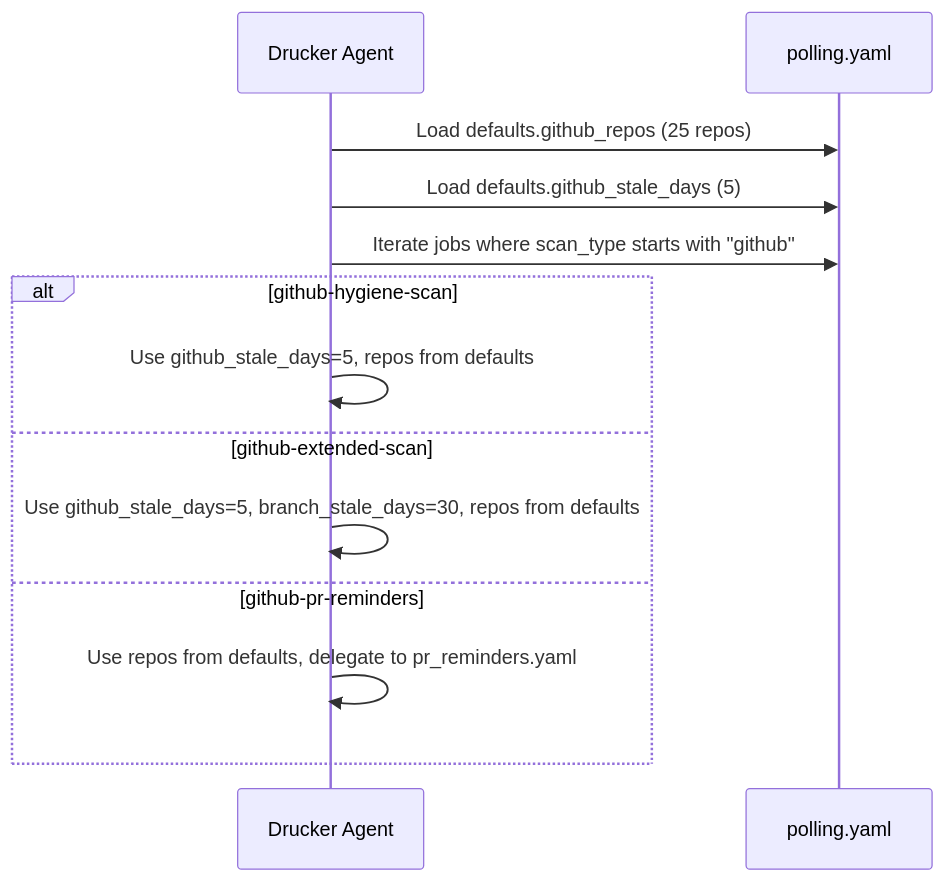
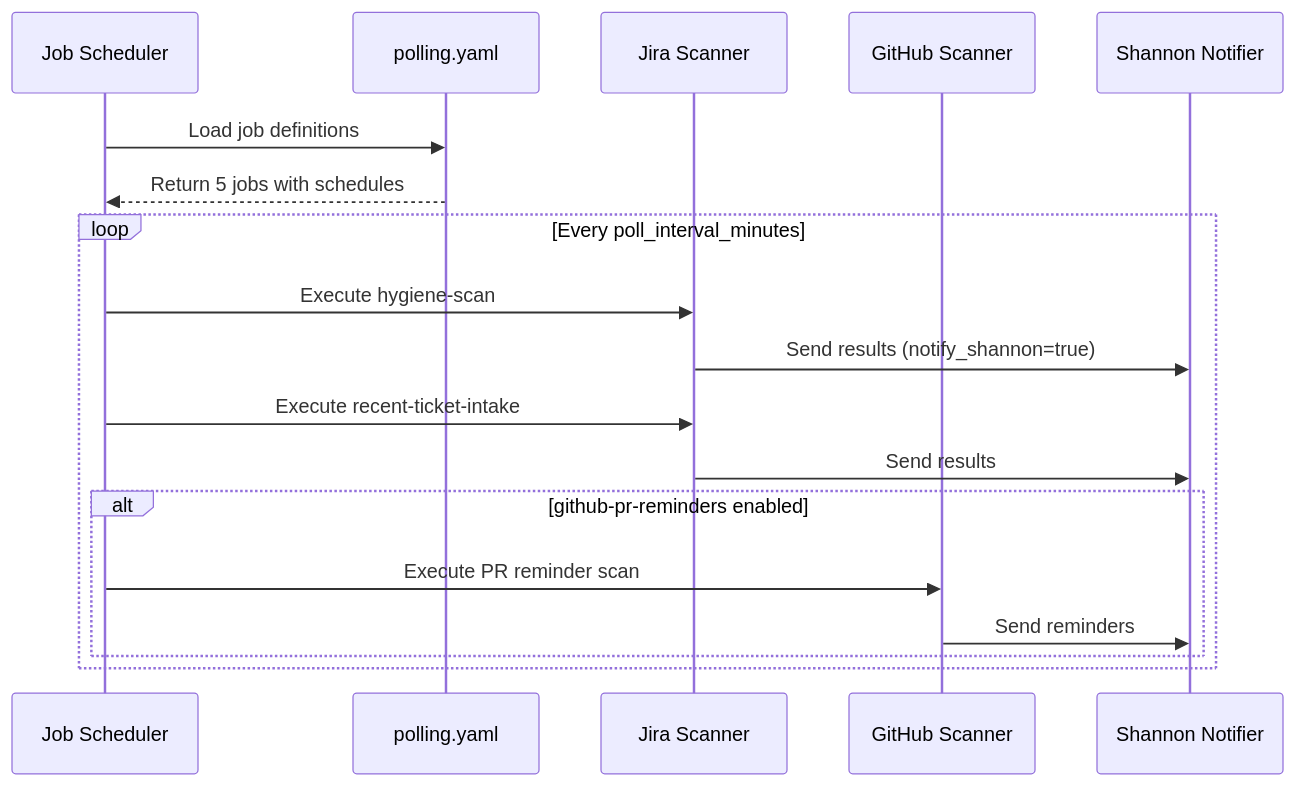
Before and after one commit to jmac-cornelis/agent-workforce: the third of 4 diagrams in agents/drucker/docs/config.md, drawn with Mermaid. The commit also changed other lines of this file and 6 other files, not shown here.

````diff
--- a/agents/drucker/docs/config.md
+++ b/agents/drucker/docs/config.md
@@ -98,16 +74,21 @@
 ```mermaid
 sequenceDiagram
-    participant Agent as Drucker Agent
-    participant PY as polling.yaml
-
-    Agent->>PY: Load defaults.github_repos (25 repos)
-    Agent->>PY: Load defaults.github_stale_days (5)
-    Agent->>PY: Iterate jobs where scan_type starts with "github"
-    alt github-hygiene-scan
-        Agent->>Agent: Use github_stale_days=5, repos from defaults
-    else github-extended-scan
-        Agent->>Agent: Use github_stale_days=5, branch_stale_days=30, repos from defaults
-    else github-pr-reminders
-        Agent->>Agent: Use repos from defaults, delegate to pr_reminders.yaml
+    participant Scheduler as Job Scheduler
+    participant Config as polling.yaml
+    participant JiraScanner as Jira Scanner
+    participant GitHubScanner as GitHub Scanner
+    participant Notifier as Shannon Notifier
+    
+    Scheduler->>Config: Load job definitions
+    Config-->>Scheduler: Return 5 jobs with schedules
+    loop Every poll_interval_minutes
+        Scheduler->>JiraScanner: Execute hygiene-scan
+        JiraScanner->>Notifier: Send results (notify_shannon=true)
+        Scheduler->>JiraScanner: Execute recent-ticket-intake
+        JiraScanner->>Notifier: Send results
+        alt github-pr-reminders enabled
+            Scheduler->>GitHubScanner: Execute PR reminder scan
+            GitHubScanner->>Notifier: Send reminders
+        end
     end
 ```
````
